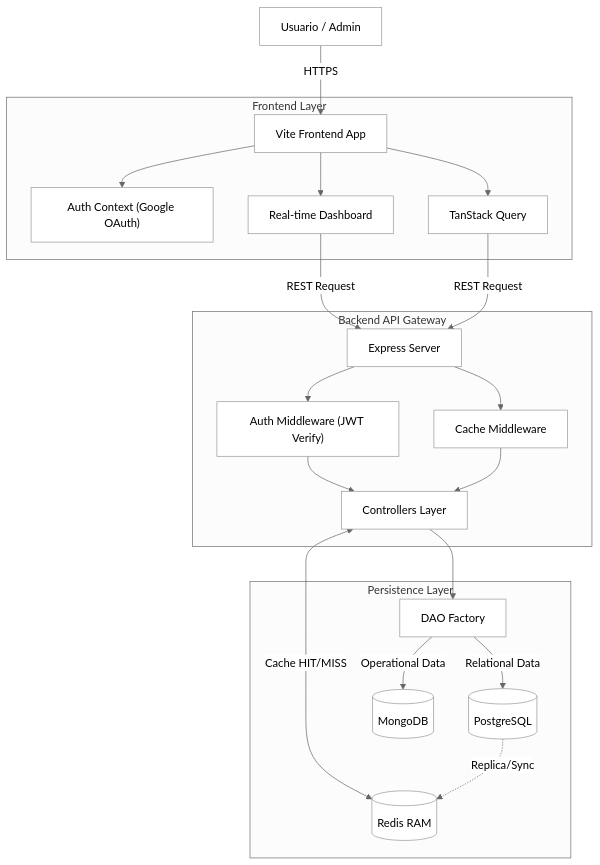
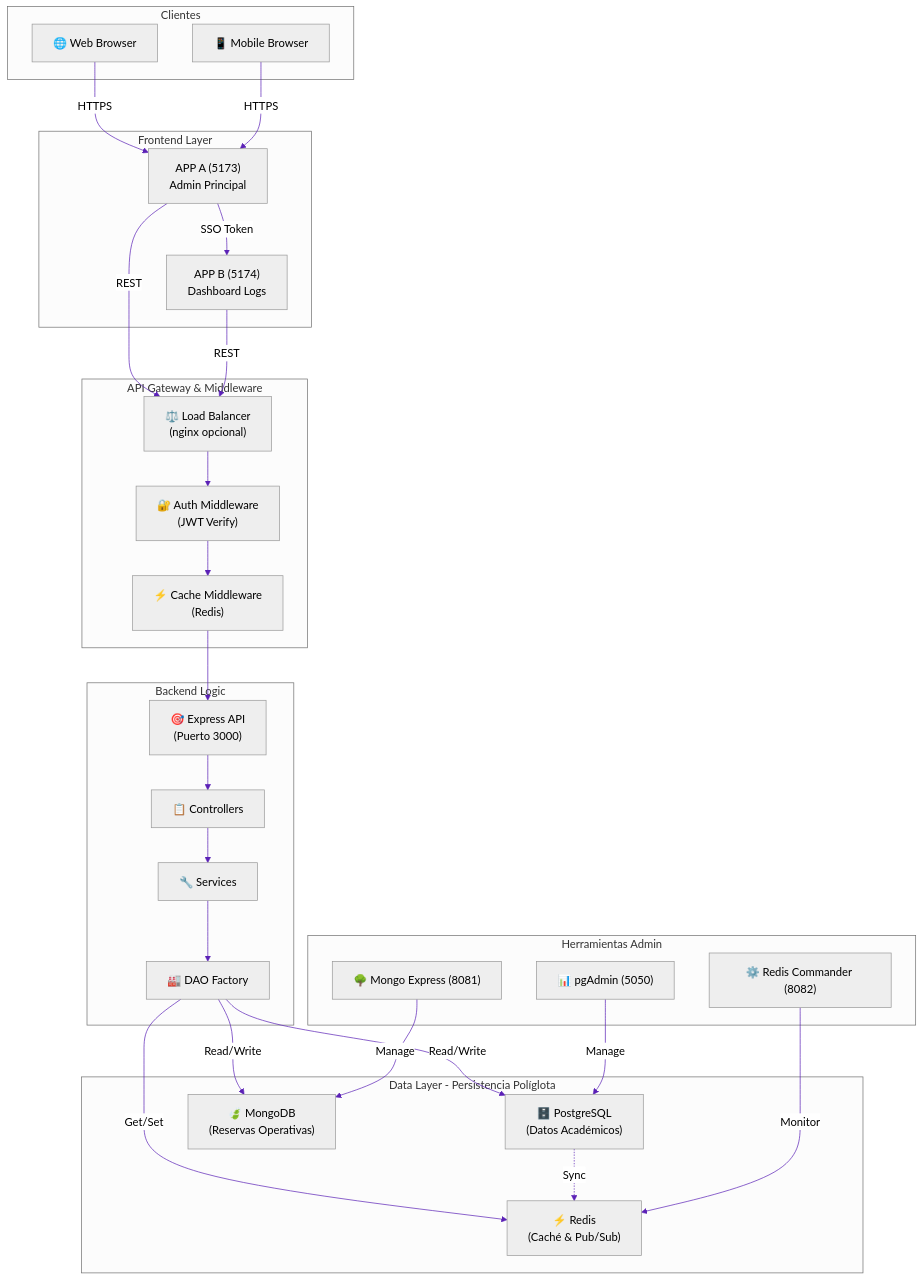
One commit to BryanS1996/Sistema_Laboratorios_Arqui changed the first of 8 diagrams in README.md. Above: the diagram before and after it, drawn with Mermaid. The commit also changed other lines of this file and 8 other files, not shown here.

````diff
--- a/README.md
+++ b/README.md
@@ -58,33 +75,62 @@
 ```mermaid
-%%{init: {'theme': 'neutral', 'themeVariables': { 'background': '#FFFFFF', 'mainBkg': '#FFFFFF'}}}%%
-graph TD
-    User["Usuario / Admin"] -->|HTTPS| Frontend["Vite Frontend App"]
+%%{init: {'theme': 'neutral', 'themeVariables': { 'primaryColor': '#1e40af', 'primaryTextColor': '#fff', 'primaryBorderColor': '#0c3699', 'lineColor': '#5b21b6', 'secondBkgColor': '#60a5fa', 'tertiaryColor': '#f0f4f8'}}}%%
+graph TB
+    subgraph "Clientes"
+        WEB["🌐 Web Browser"]
+        MOB["📱 Mobile Browser"]
+    end
     
     subgraph "Frontend Layer"
-        Frontend --> AuthCtx["Auth Context (Google OAuth)"]
-        Frontend --> Query["TanStack Query"]
-        Frontend --> Polling["Real-time Dashboard"]
+        APP_A["APP A (5173)<br/>Admin Principal"]
+        APP_B["APP B (5174)<br/>Dashboard Logs"]
     end
     
-    subgraph "Backend API Gateway"
-        Polling -->|REST Request| API["Express Server"]
-        Query -->|REST Request| API
-        
-        API --> AuthMw["Auth Middleware (JWT Verify)"]
-        API --> CacheMw["Cache Middleware"]
-        
-        AuthMw --> Controllers["Controllers Layer"]
-        CacheMw --> Controllers
+    subgraph "API Gateway & Middleware"
+        LOAD["⚖️ Load Balancer<br/>(nginx opcional)"]
+        AUTH["🔐 Auth Middleware<br/>(JWT Verify)"]
+        CACHE_MW["⚡ Cache Middleware<br/>(Redis)"]
     end
     
-    subgraph "Persistence Layer"
-        Controllers --> Factory["DAO Factory"]
-        
-        Factory -->|Relational Data| Postgres[("PostgreSQL")]
-        Factory -->|Operational Data| MongoDB[("MongoDB")]
-        
-        Controllers <-->|"Cache HIT/MISS"| Redis[("Redis RAM")]
-        
-        Postgres -.->|"Replica/Sync"| Redis
+    subgraph "Backend Logic"
+        API["🎯 Express API<br/>(Puerto 3000)"]
+        CONTROLLERS["📋 Controllers"]
+        SERVICES["🔧 Services"]
+        FACTORY["🏭 DAO Factory"]
     end
+    
+    subgraph "Data Layer - Persistencia Políglota"
+        POSTGRES["🗄️ PostgreSQL<br/>(Datos Académicos)"]
+        MONGO["🍃 MongoDB<br/>(Reservas Operativas)"]
+        REDIS["⚡ Redis<br/>(Caché & Pub/Sub)"]
+    end
+    
+    subgraph "Herramientas Admin"
+        PGADMIN["📊 pgAdmin (5050)"]
+        MONGO_EXP["🌳 Mongo Express (8081)"]
+        REDIS_CMD["⚙️ Redis Commander (8082)"]
+    end
+    
+    WEB -->|HTTPS| APP_A
+    MOB -->|HTTPS| APP_A
+    APP_A -->|SSO Token| APP_B
+    APP_A -->|REST| LOAD
+    APP_B -->|REST| LOAD
+    
+    LOAD --> AUTH
+    AUTH --> CACHE_MW
+    CACHE_MW --> API
+    
+    API --> CONTROLLERS
+    CONTROLLERS --> SERVICES
+    SERVICES --> FACTORY
+    
+    FACTORY -->|Read/Write| POSTGRES
+    FACTORY -->|Read/Write| MONGO
+    FACTORY -->|Get/Set| REDIS
+    
+    POSTGRES -.->|Sync| REDIS
+    
+    PGADMIN -->|Manage| POSTGRES
+    MONGO_EXP -->|Manage| MONGO
+    REDIS_CMD -->|Monitor| REDIS
 ```
````
